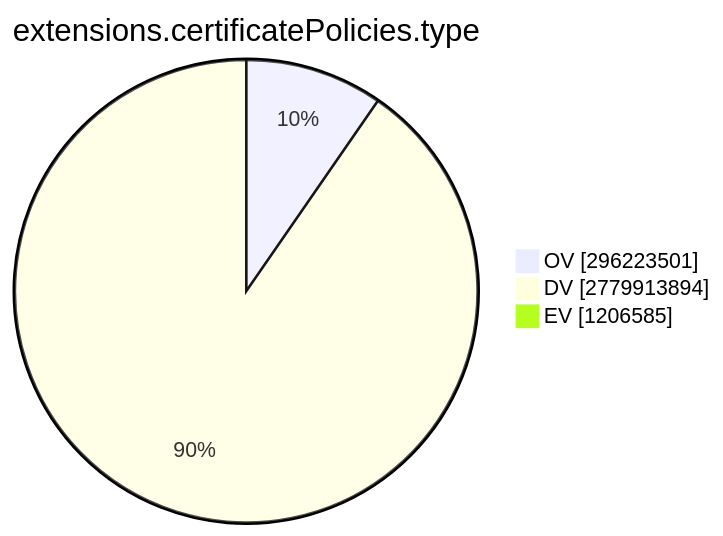
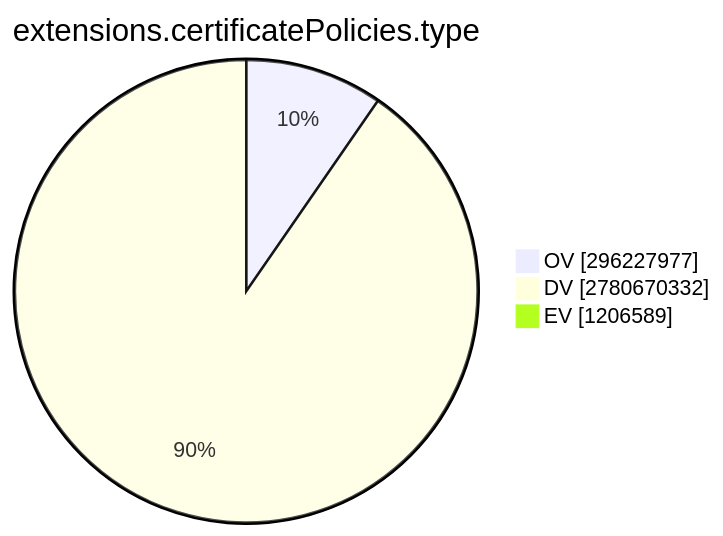
One commit to christiankrug/ctmonitor_visualization changed the ninth of 15 diagrams in TOTAL/README.md. Above: the diagram before and after it, drawn with Mermaid. The commit also changed other lines of this file, not shown here.

````diff
--- a/TOTAL/README.md
+++ b/TOTAL/README.md
@@ -3099,7 +3099,7 @@
 ```mermaid
 pie showData
 title extensions.certificatePolicies.type
-"OV" :296223501
-"DV" :2779913894
-"EV" :1206585
+"OV" :296227977
+"DV" :2780670332
+"EV" :1206589
 ```
````
